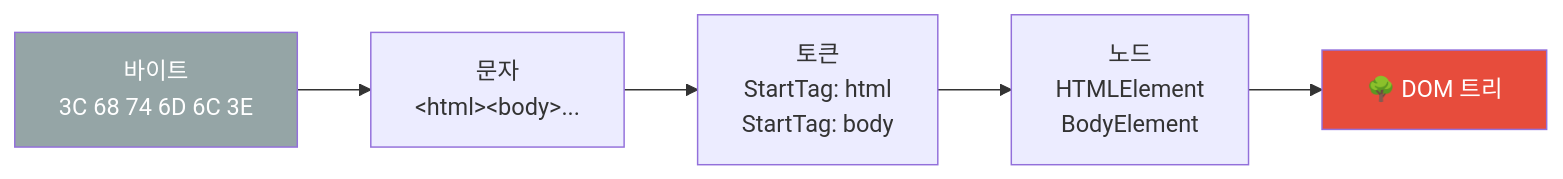
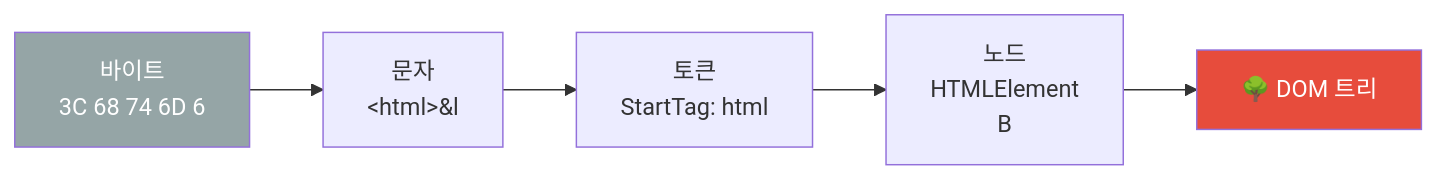
One commit to yjkim2015/yjkim2015.github.io changed the second of 8 diagrams in _posts/frontend/2026-05-01-browser-rendering.md. Above: the diagram before and after it, drawn with Mermaid. The commit also changed other lines of this file and 271 other files, not shown here.

First line of the commit message:
Mermaid 라벨 축소: 긴 노드 텍스트 18자 이하로 트림 + \n 제거

````diff
--- a/_posts/frontend/2026-05-01-browser-rendering.md
+++ b/_posts/frontend/2026-05-01-browser-rendering.md
@@ -57,9 +57,9 @@
 ```mermaid
 flowchart LR
-    A["바이트\n3C 68 74 6D 6C 3E"] --> B["문자\n&lt;html&gt;&lt;body&gt;..."]
-    B --> C["토큰\nStartTag: html\nStartTag: body"]
-    C --> D["노드\nHTMLElement\nBodyElement"]
+    A["바이트\n3C 68 74 6D 6"] --> B["문자\n&lt;html&gt;&l"]
+    B --> C["토큰\nStartTag: html"]
+    C --> D["노드\nHTMLElement\nB"]
     D --> E["🌳 DOM 트리"]
     style A fill:#95a5a6,color:#fff
     style E fill:#e74c3c,color:#fff
 ```
````
